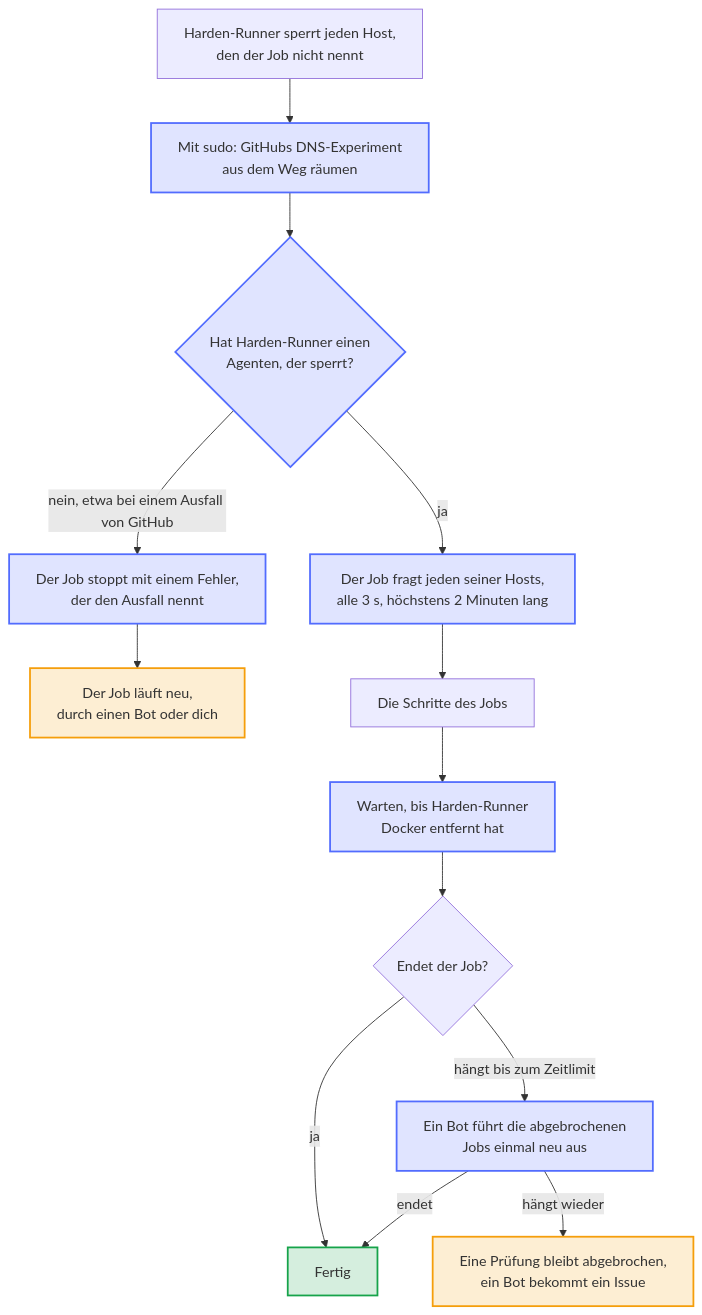
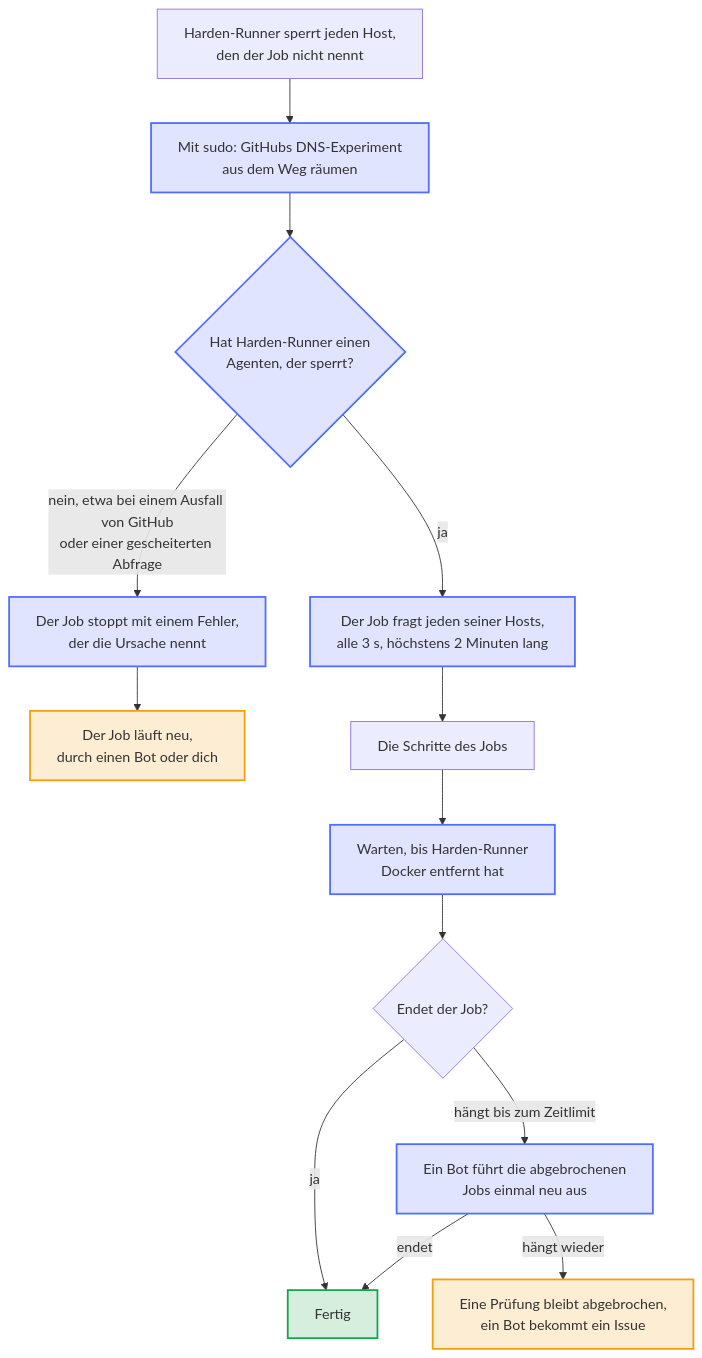
The diagram in docs/diagrams/a-job-behind-harden-runner.de.mmd (Dennis-Otto/repo-blueprint), drawn with Mermaid before and after one commit. The commit also changed 48 other files, not shown here.

First line of the commit message:
fix(harden-runner): a job that one failed lookup stopped names the host (#1014)

```diff
--- a/docs/diagrams/a-job-behind-harden-runner.de.mmd
+++ b/docs/diagrams/a-job-behind-harden-runner.de.mmd
@@ -1,41 +1,41 @@
 ---
 config:
   flowchart:
     wrappingWidth: 400
 ---
 flowchart TB
     accTitle: Ein Job hinter Harden-Runner
-    accDescr: Harden-Runner sperrt jeden Host, den der Job nicht nennt. Ein Job, der sudo behält, räumt zuerst GitHubs DNS-Experiment aus dem Weg, damit Harden-Runner seine Abfragen sieht. Hat Harden-Runner keinen Agenten, der sperrt, etwa weil ein Ausfall von GitHub den Download des Agenten verhindert hat, stoppt der Job mit einem Fehler, der das nennt, und läuft neu, durch einen Bot oder durch dich. Sonst fragt der Job alle 3 Sekunden jeden seiner Hosts, höchstens zwei Minuten lang, bis Harden-Runner ihn durchlässt, und führt seine Schritte aus. Ohne sudo und Docker wartet er, bis Harden-Runner Docker entfernt hat. Ein Job, der endet, ist fertig. Einer, der bis zu seinem Zeitlimit hängt, endet abgebrochen, und ein Bot führt seine abgebrochenen Jobs einmal neu aus; hängt das auch, bleibt eine vorgeschriebene Prüfung für dich abgebrochen, und ein Bot bekommt ein Issue.
+    accDescr: Harden-Runner sperrt jeden Host, den der Job nicht nennt. Ein Job, der sudo behält, räumt zuerst GitHubs DNS-Experiment aus dem Weg, damit Harden-Runner seine Abfragen sieht. Hat Harden-Runner keinen Agenten, der sperrt, etwa weil ein Ausfall von GitHub den Download des Agenten verhindert hat oder weil der Agent sich nach einer gescheiterten Abfrage wieder entfernt hat, stoppt der Job mit einem Fehler, der die Ursache nennt, und läuft neu, durch einen Bot oder durch dich. Sonst fragt der Job alle 3 Sekunden jeden seiner Hosts, höchstens zwei Minuten lang, bis Harden-Runner ihn durchlässt, und führt seine Schritte aus. Ohne sudo und Docker wartet er, bis Harden-Runner Docker entfernt hat. Ein Job, der endet, ist fertig. Einer, der bis zu seinem Zeitlimit hängt, endet abgebrochen, und ein Bot führt seine abgebrochenen Jobs einmal neu aus; hängt das auch, bleibt eine vorgeschriebene Prüfung für dich abgebrochen, und ein Bot bekommt ein Issue.
 
     block["Harden-Runner sperrt jeden Host,<br>den der Job nicht nennt"]
     dns["Mit sudo: GitHubs DNS-Experiment<br>aus dem Weg räumen"]
     agent{"Hat Harden-Runner einen<br>Agenten, der sperrt?"}
-    stop["Der Job stoppt mit einem Fehler,<br>der den Ausfall nennt"]
+    stop["Der Job stoppt mit einem Fehler,<br>der die Ursache nennt"]
     rerun["Der Job läuft neu,<br>durch einen Bot oder dich"]
     warm["Der Job fragt jeden seiner Hosts,<br>alle 3 s, höchstens 2 Minuten lang"]
     steps["Die Schritte des Jobs"]
     docker["Warten, bis Harden-Runner<br>Docker entfernt hat"]
     ends{"Endet der Job?"}
     done["Fertig"]
     again["Ein Bot führt die abgebrochenen<br>Jobs einmal neu aus"]
     you["Eine Prüfung bleibt abgebrochen,<br>ein Bot bekommt ein Issue"]
 
     block --> dns
     dns --> agent
     agent -- "ja" --> warm
-    agent -- "nein, etwa bei einem Ausfall von GitHub" --> stop
+    agent -- "nein, etwa bei einem Ausfall von GitHub<br>oder einer gescheiterten Abfrage" --> stop
     stop --> rerun
     warm --> steps
     steps --> docker
     docker --> ends
     ends -- "ja" --> done
     ends -- "hängt bis zum Zeitlimit" --> again
     again -- "endet" --> done
     again -- "hängt wieder" --> you
 
     classDef bot fill:#526cfe2e,stroke:#526cfe,stroke-width:2px
     classDef person fill:#f59e0b2e,stroke:#f59e0b,stroke-width:2px
     classDef done fill:#16a34a2e,stroke:#16a34a,stroke-width:2px
     class dns,agent,stop,warm,docker,again bot
     class you,rerun person
     class done done
```
